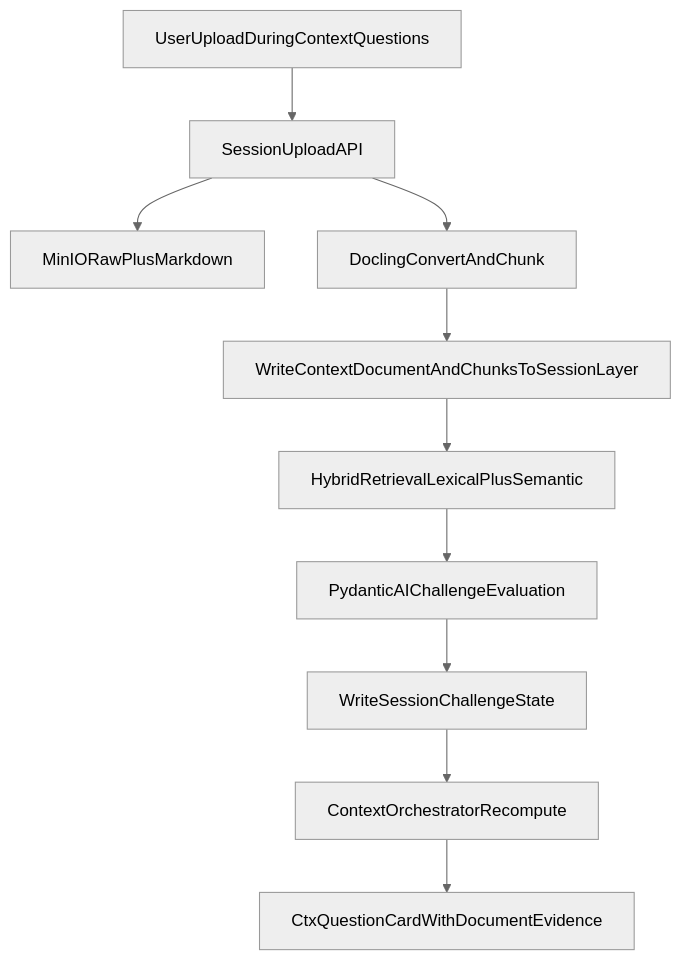
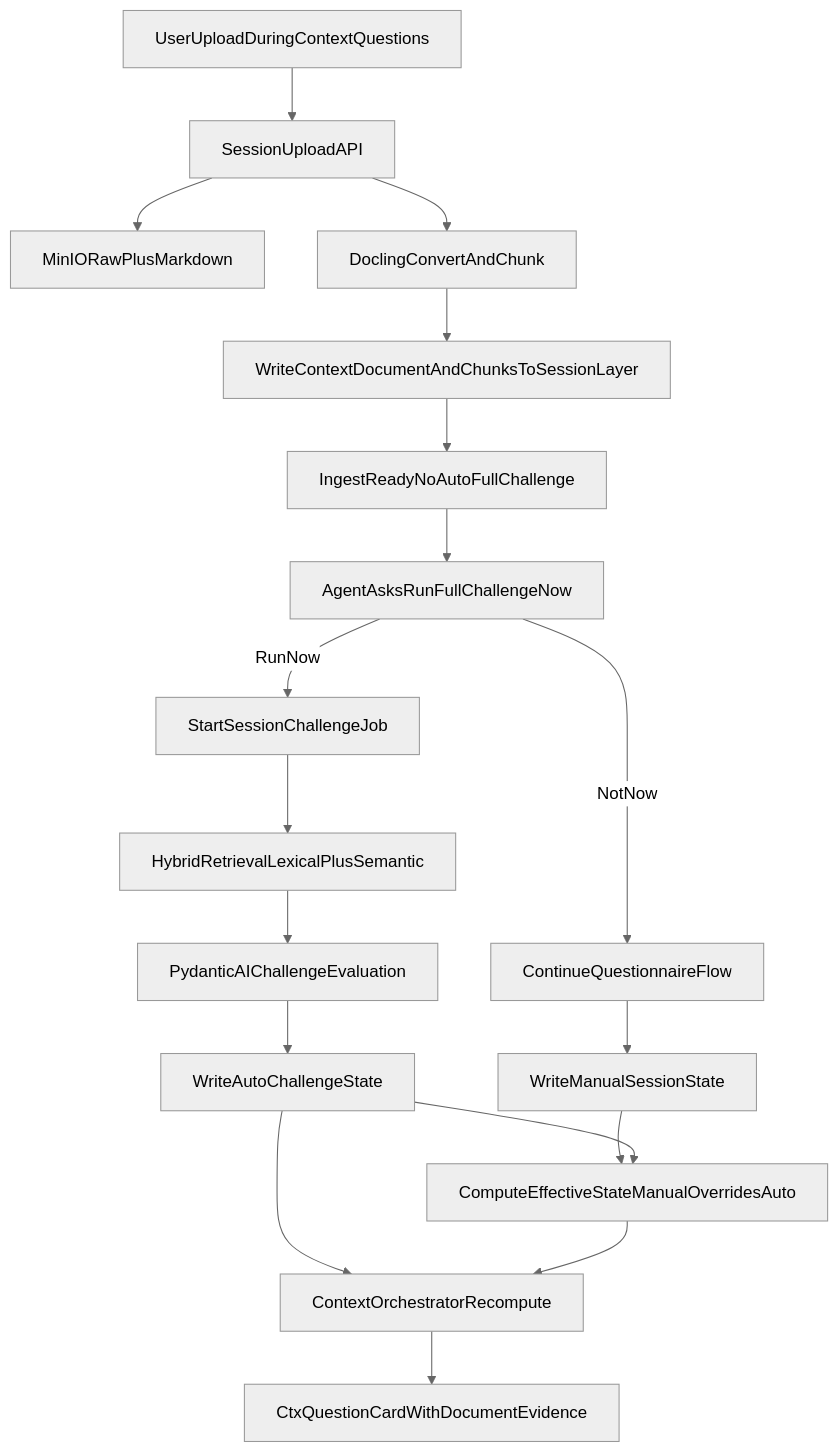
One commit to bitblitz4use/auc_pydantic_chat changed the diagram in plans/context-doc_challenge_stage_d3b7b093.plan.md. Above: the diagram before and after it, drawn with Mermaid (neutral theme). The commit also changed other lines of this file and 5 other files, not shown here.

````diff
--- a/plans/context-doc_challenge_stage_d3b7b093.plan.md
+++ b/plans/context-doc_challenge_stage_d3b7b093.plan.md
@@ -43,12 +46,20 @@
 ```mermaid
 flowchart TD
   userUpload[UserUploadDuringContextQuestions] --> uploadApi[SessionUploadAPI]
   uploadApi --> storageRaw[MinIORawPlusMarkdown]
   uploadApi --> doclingParse[DoclingConvertAndChunk]
   doclingParse --> sessionGraphWrite[WriteContextDocumentAndChunksToSessionLayer]
-  sessionGraphWrite --> retrieval[HybridRetrievalLexicalPlusSemantic]
+  sessionGraphWrite --> ingestReady[IngestReadyNoAutoFullChallenge]
+  ingestReady --> agentPrompt[AgentAsksRunFullChallengeNow]
+  agentPrompt -->|RunNow| challengeJob[StartSessionChallengeJob]
+  agentPrompt -->|NotNow| questionnaireFlow[ContinueQuestionnaireFlow]
+  challengeJob --> retrieval[HybridRetrievalLexicalPlusSemantic]
   retrieval --> challengeEval[PydanticAIChallengeEvaluation]
-  challengeEval --> challengeState[WriteSessionChallengeState]
+  challengeEval --> challengeState[WriteAutoChallengeState]
+  questionnaireFlow --> manualState[WriteManualSessionState]
+  manualState --> effectiveState[ComputeEffectiveStateManualOverridesAuto]
+  challengeState --> effectiveState
   challengeState --> orchestrator[ContextOrchestratorRecompute]
+  effectiveState --> orchestrator
   orchestrator --> jsxCard[CtxQuestionCardWithDocumentEvidence]
 ```
````
